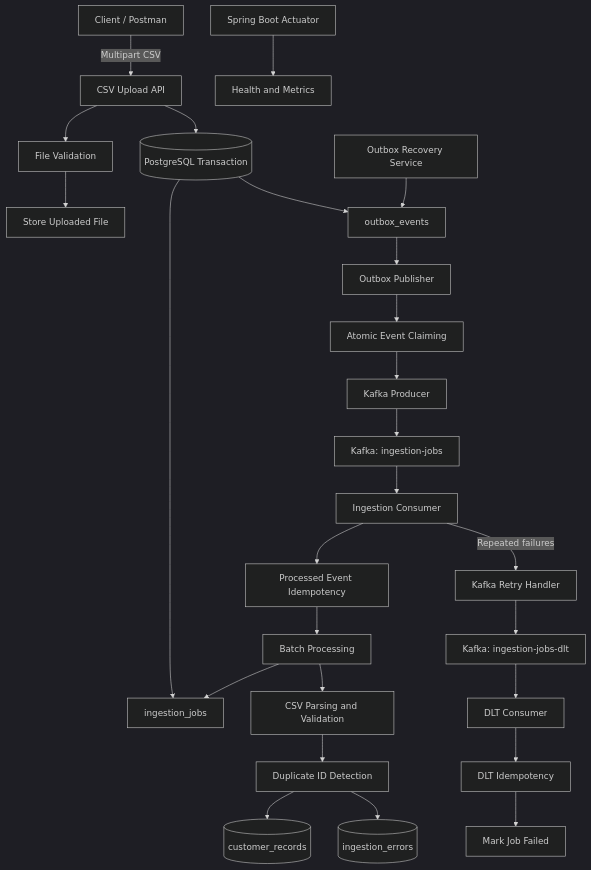
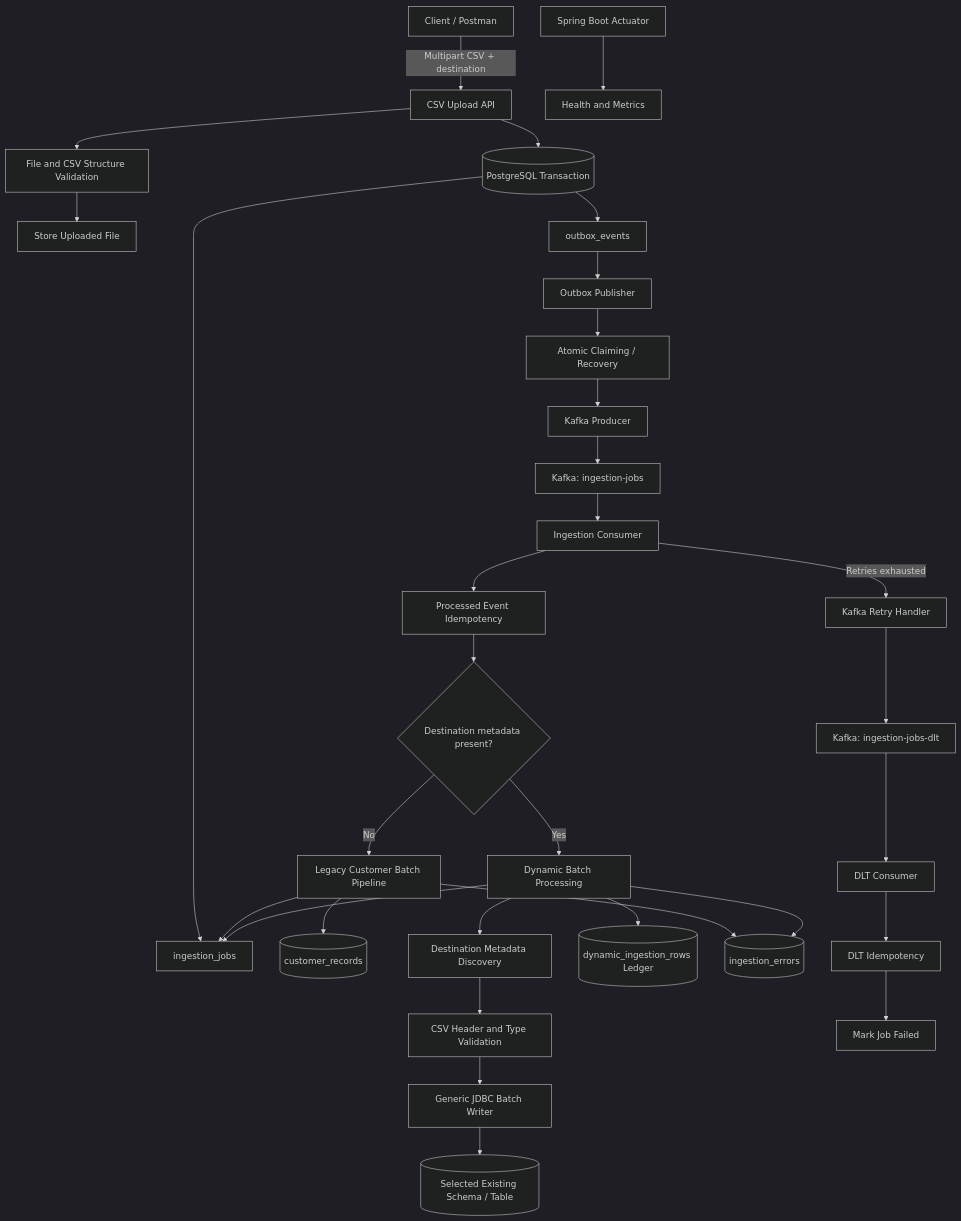
One commit to codewithsurya27/distributed-data-platform changed the diagram in README.md. Above: the diagram before and after it, drawn with Mermaid (dark theme). The commit also changed other lines of this file, not shown here.

````diff
--- a/README.md
+++ b/README.md
@@ -76,35 +63,41 @@
 ```mermaid
 flowchart TD
-    A[Client / Postman] -->|Multipart CSV| B[CSV Upload API]
-    B --> C[File Validation]
+    A[Client / Postman] -->|Multipart CSV + destination| B[CSV Upload API]
+    B --> C[File and CSV Structure Validation]
     C --> D[Store Uploaded File]
     B --> E[(PostgreSQL Transaction)]
-
     E --> F[ingestion_jobs]
     E --> G[outbox_events]
 
     G --> H[Outbox Publisher]
-    H --> I[Atomic Event Claiming]
+    H --> I[Atomic Claiming / Recovery]
     I --> J[Kafka Producer]
     J --> K[Kafka: ingestion-jobs]
 
     K --> L[Ingestion Consumer]
     L --> M[Processed Event Idempotency]
-    M --> N[Batch Processing]
-    N --> O[CSV Parsing and Validation]
-    O --> P[Duplicate ID Detection]
-    P --> Q[(customer_records)]
-    P --> R[(ingestion_errors)]
+    M --> N{Destination metadata present?}
 
-    N --> F
+    N -->|No| O[Legacy Customer Batch Pipeline]
+    O --> P[(customer_records)]
 
-    L -->|Repeated failures| S[Kafka Retry Handler]
-    S --> T[Kafka: ingestion-jobs-dlt]
-    T --> U[DLT Consumer]
-    U --> V[DLT Idempotency]
-    V --> W[Mark Job Failed]
+    N -->|Yes| Q[Dynamic Batch Processing]
+    Q --> R[Destination Metadata Discovery]
+    R --> S[CSV Header and Type Validation]
+    S --> T[Generic JDBC Batch Writer]
+    T --> U[(Selected Existing Schema / Table)]
+    Q --> V[(dynamic_ingestion_rows Ledger)]
 
-    X[Outbox Recovery Service] --> G
+    O --> W[(ingestion_errors)]
+    Q --> W
+    O --> F
+    Q --> F
 
-    Y[Spring Boot Actuator] --> Z[Health and Metrics]
+    L -->|Retries exhausted| X[Kafka Retry Handler]
+    X --> Y[Kafka: ingestion-jobs-dlt]
+    Y --> Z[DLT Consumer]
+    Z --> AA[DLT Idempotency]
+    AA --> AB[Mark Job Failed]
+
+    AC[Spring Boot Actuator] --> AD[Health and Metrics]
 ```
````
